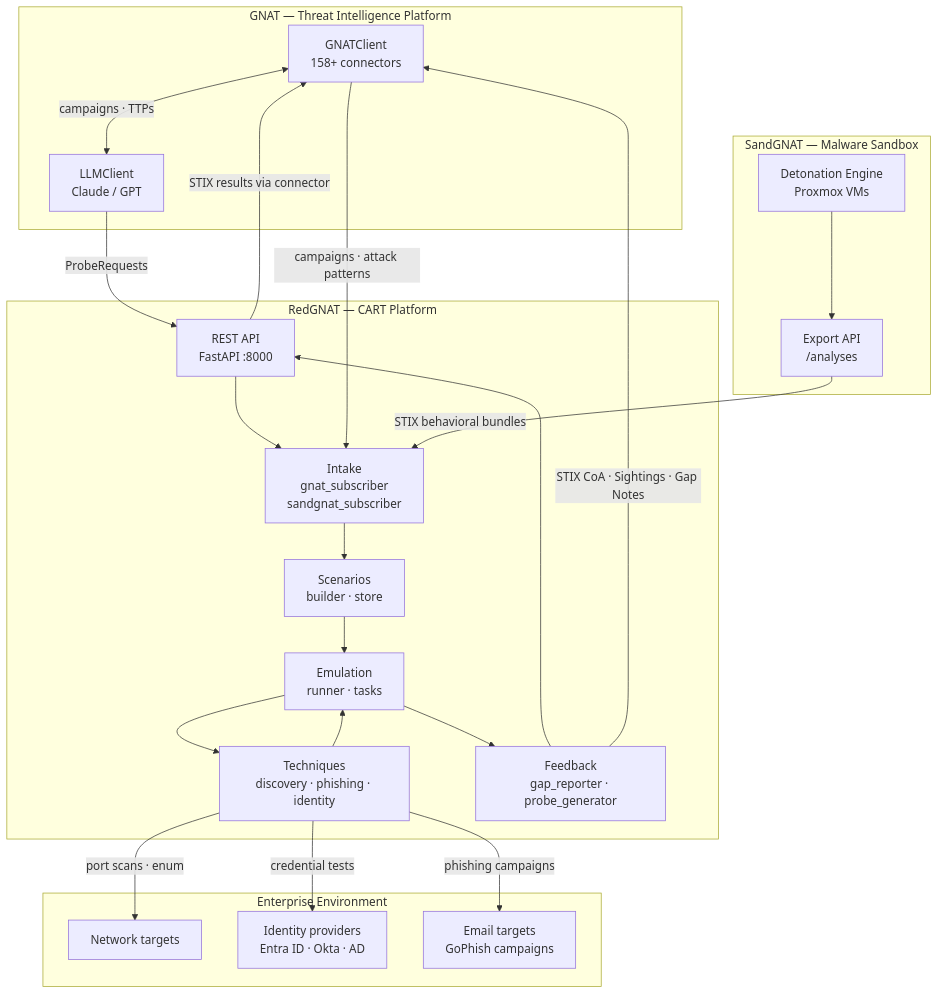
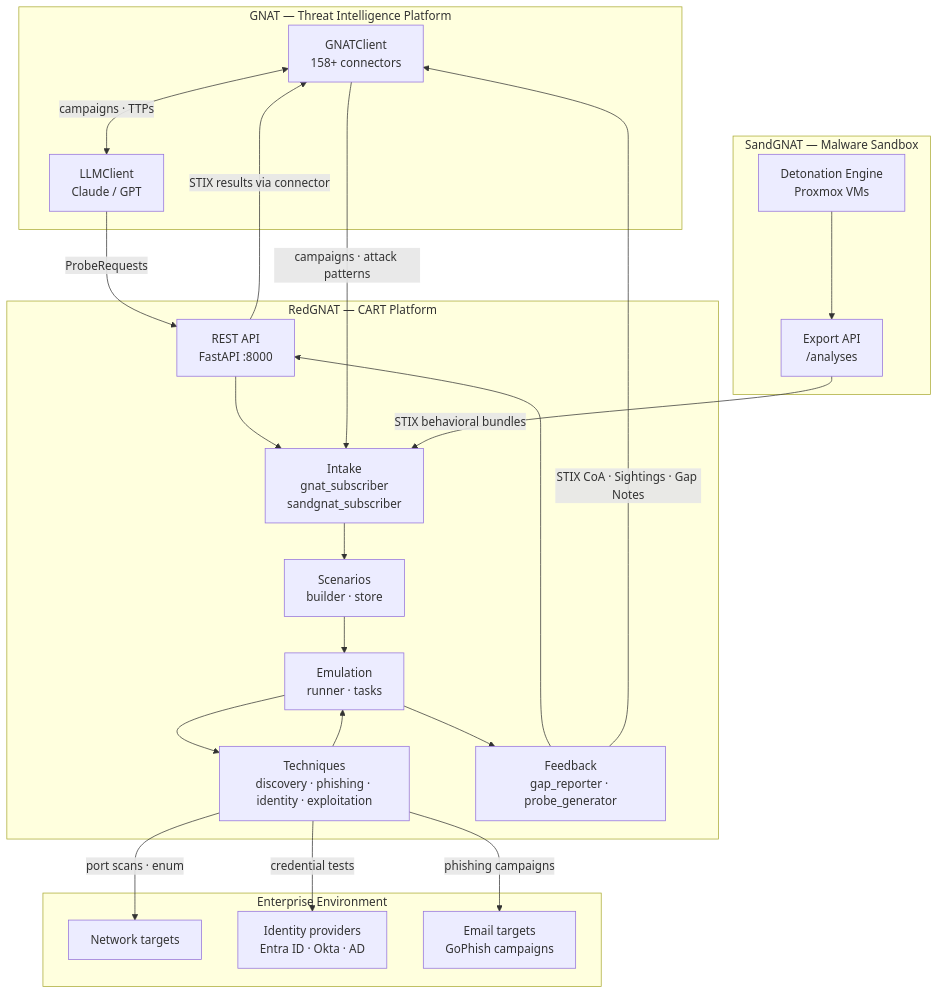
The first of 3 diagrams in docs/explanation/architecture.md (wrhalpin/RedGNAT), drawn with Mermaid before and after one commit. The commit also changed other lines of this file and 5 other files, not shown here.

````diff
--- a/docs/explanation/architecture.md
+++ b/docs/explanation/architecture.md
@@ -9,46 +9,46 @@
 ```mermaid
 graph TB
     subgraph GNAT["GNAT — Threat Intelligence Platform"]
         GC[GNATClient<br/>158+ connectors]
         AI[LLMClient<br/>Claude / GPT]
         GC <-->|campaigns · TTPs| AI
     end
 
     subgraph SandGNAT["SandGNAT — Malware Sandbox"]
         DET[Detonation Engine<br/>Proxmox VMs]
         EXP[Export API<br/>/analyses]
         DET --> EXP
     end
 
     subgraph RedGNAT["RedGNAT — CART Platform"]
         INT[Intake<br/>gnat_subscriber<br/>sandgnat_subscriber]
         SCN[Scenarios<br/>builder · store]
         EMU[Emulation<br/>runner · tasks]
-        TEC[Techniques<br/>discovery · phishing · identity]
+        TEC[Techniques<br/>discovery · phishing · identity · exploitation]
         FBK[Feedback<br/>gap_reporter · probe_generator]
         API[REST API<br/>FastAPI :8000]
 
         INT --> SCN --> EMU --> TEC
         TEC --> EMU
         EMU --> FBK
         FBK --> API
         API --> INT
     end
 
     subgraph Enterprise["Enterprise Environment"]
         NET[Network targets]
         IDP[Identity providers<br/>Entra ID · Okta · AD]
         MAIL[Email targets<br/>GoPhish campaigns]
     end
 
     GC -->|"campaigns · attack patterns"| INT
     EXP -->|"STIX behavioral bundles"| INT
     AI -->|"ProbeRequests"| API
 
     TEC -->|"port scans · enum"| NET
     TEC -->|"credential tests"| IDP
     TEC -->|"phishing campaigns"| MAIL
 
     FBK -->|"STIX CoA · Sightings · Gap Notes"| GC
     API -->|"STIX results via connector"| GC
 ```
````
